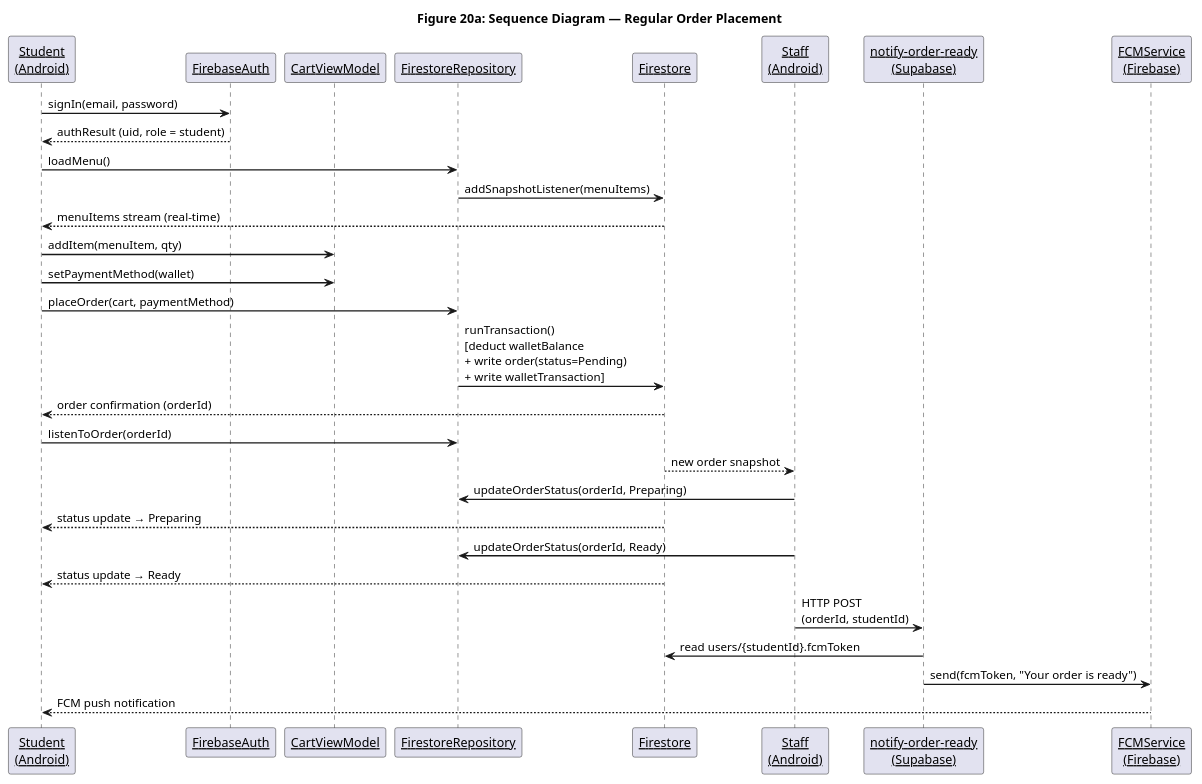
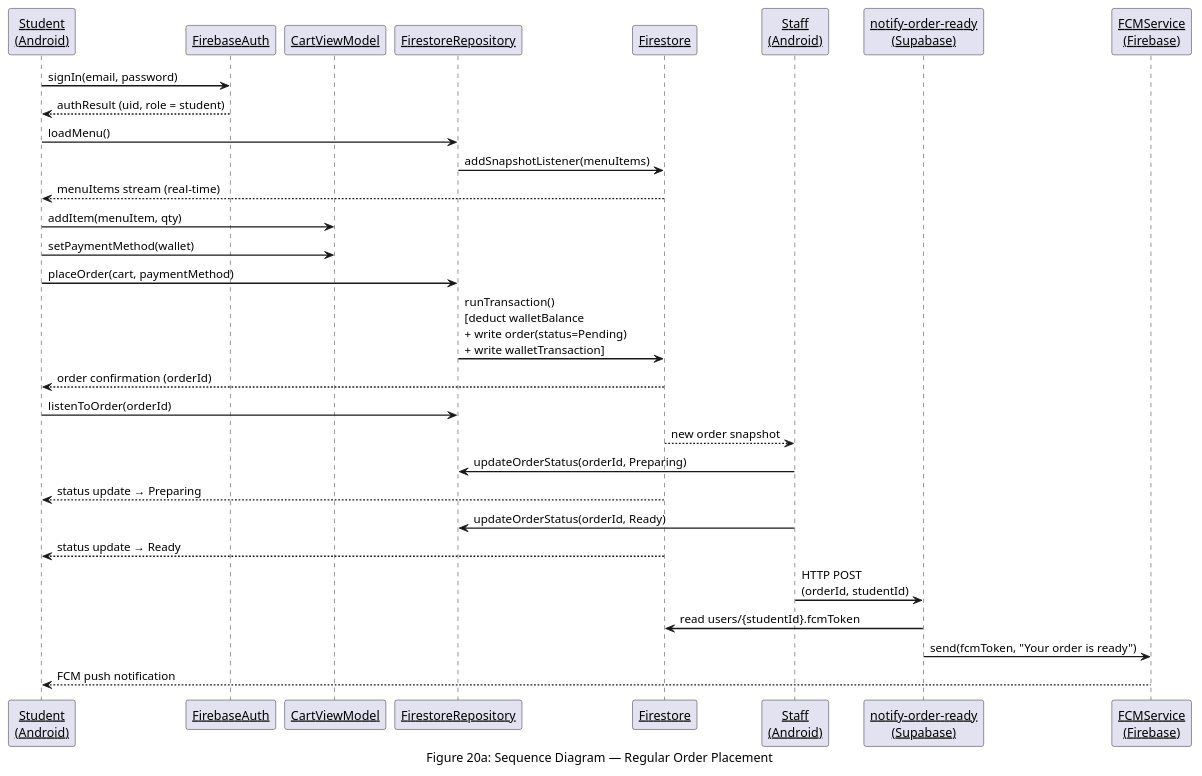
One commit to Musyonchez/beni-2 changed the seventh of 9 diagrams in pdf-source/figures/ch-5.md. Above: the diagram before and after it, drawn with PlantUML. The commit also changed other lines of this file and 30 other files, not shown here.

First line of the commit message:
chore: update figures, add generated PNGs, fix figure follow-up paragraphs

````diff
--- a/pdf-source/figures/ch-5.md
+++ b/pdf-source/figures/ch-5.md
@@ -412,44 +412,44 @@
 ```plantuml
 @startuml Figure20a_SequenceDiagramA
 skinparam backgroundColor white
 skinparam defaultFontName Arial
 skinparam sequenceArrowThickness 1.5
 skinparam sequenceParticipant underline
-title Figure 20a: Sequence Diagram — Regular Order Placement
+caption Figure 20a: Sequence Diagram — Regular Order Placement
 
 participant "Student\n(Android)" as Student
 participant "FirebaseAuth" as Auth
 participant "CartViewModel" as Cart
 participant "FirestoreRepository" as Repo
 participant "Firestore" as FS
 participant "Staff\n(Android)" as Staff
 participant "notify-order-ready\n(Supabase)" as FCMFn
 participant "FCMService\n(Firebase)" as FCM
 
 Student -> Auth : signIn(email, password)
 Auth --> Student : authResult (uid, role = student)
 
 Student -> Repo : loadMenu()
 Repo -> FS : addSnapshotListener(menuItems)
 FS --> Student : menuItems stream (real-time)
 
 Student -> Cart : addItem(menuItem, qty)
 Student -> Cart : setPaymentMethod(wallet)
 Student -> Repo : placeOrder(cart, paymentMethod)
 Repo -> FS : runTransaction()\n[deduct walletBalance\n+ write order(status=Pending)\n+ write walletTransaction]
 FS --> Student : order confirmation (orderId)
 
 Student -> Repo : listenToOrder(orderId)
 FS --> Staff : new order snapshot
 Staff -> Repo : updateOrderStatus(orderId, Preparing)
 FS --> Student : status update → Preparing
 
 Staff -> Repo : updateOrderStatus(orderId, Ready)
 FS --> Student : status update → Ready
 Staff -> FCMFn : HTTP POST\n(orderId, studentId)
 FCMFn -> FS : read users/{studentId}.fcmToken
 FCMFn -> FCM : send(fcmToken, "Your order is ready")
 FCM --> Student : FCM push notification
 
 @enduml
 ```
````
